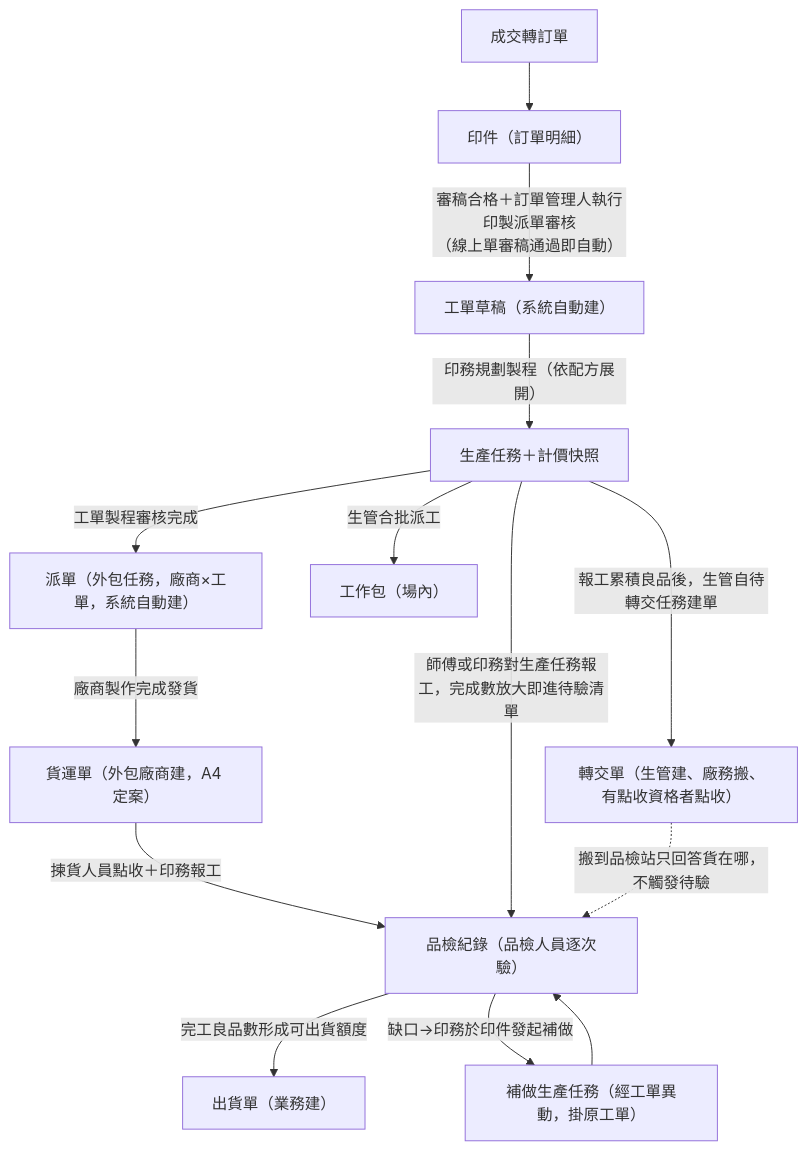
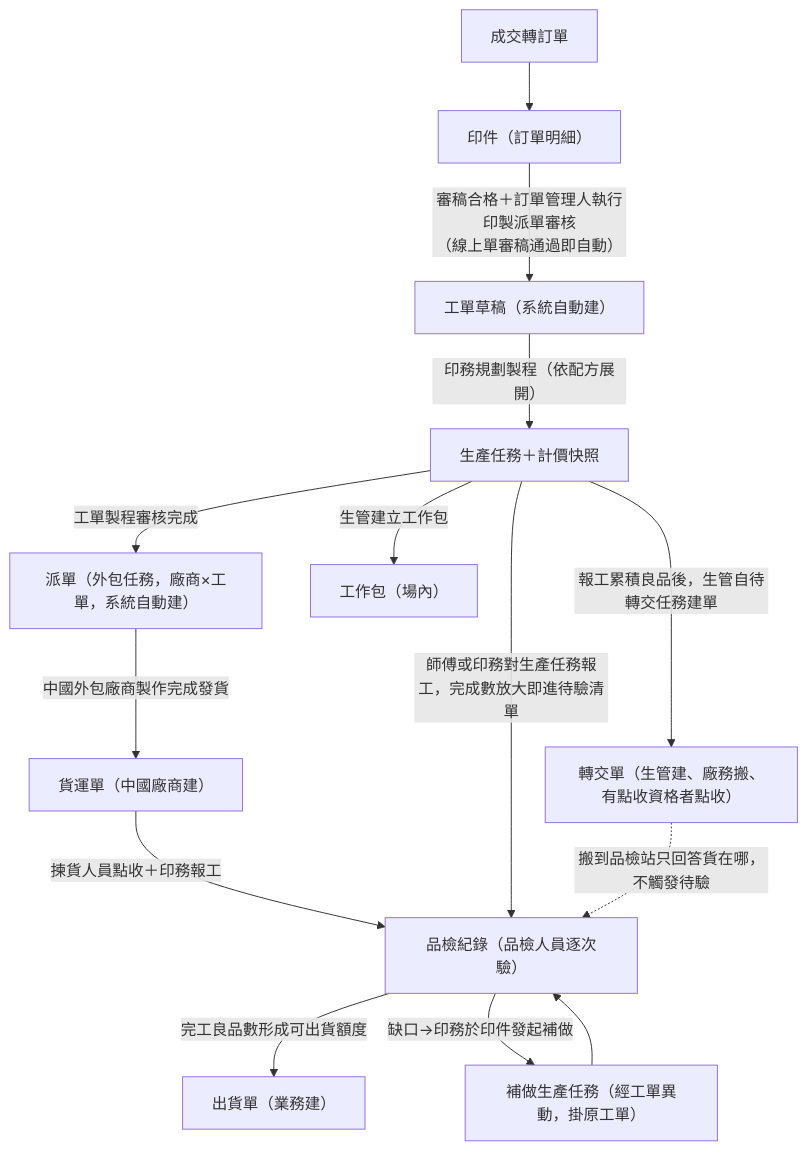
One commit to Kawato-Miles/erp-spec changed the first of 3 diagrams in memory/Sens_wiki/wiki/erp/05-entities/生產領域資料結構總覽.md. Above: the diagram before and after it, drawn with Mermaid. The commit also changed other lines of this file and 134 other files, not shown here.

````diff
--- a/memory/Sens_wiki/wiki/erp/05-entities/生產領域資料結構總覽.md
+++ b/memory/Sens_wiki/wiki/erp/05-entities/生產領域資料結構總覽.md
@@ -74,16 +30,16 @@
 ```mermaid
 flowchart TD
     A["成交轉訂單"] --> B["印件（訂單明細）"]
     B -->|"審稿合格＋訂單管理人執行印製派單審核<br>（線上單審稿通過即自動）"| C["工單草稿（系統自動建）"]
     C -->|"印務規劃製程（依配方展開）"| D["生產任務＋計價快照"]
     D -->|"工單製程審核完成"| E["派單（外包任務，廠商×工單，系統自動建）"]
-    D -->|"生管合批派工"| F["工作包（場內）"]
-    E -->|"廠商製作完成發貨"| G["貨運單（外包廠商建，A4 定案）"]
+    D -->|"生管建立工作包"| F["工作包（場內）"]
+    E -->|"中國外包廠商製作完成發貨"| G["貨運單（中國廠商建）"]
     D -->|"報工累積良品後，生管自待轉交任務建單"| H["轉交單（生管建、廠務搬、有點收資格者點收）"]
     G -->|"揀貨人員點收＋印務報工"| I["品檢紀錄（品檢人員逐次驗）"]
     D -->|"師傅或印務對生產任務報工，完成數放大即進待驗清單"| I
     H -.->|"搬到品檢站只回答貨在哪，不觸發待驗"| I
     I -->|"完工良品數形成可出貨額度"| J["出貨單（業務建）"]
     I -->|"缺口→印務於印件發起補做"| K["補做生產任務（經工單異動，掛原工單）"]
     K --> I
 ```
````
